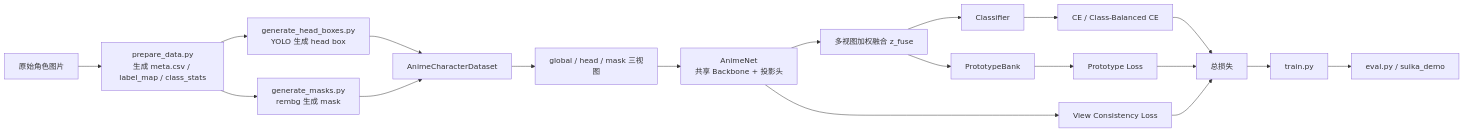
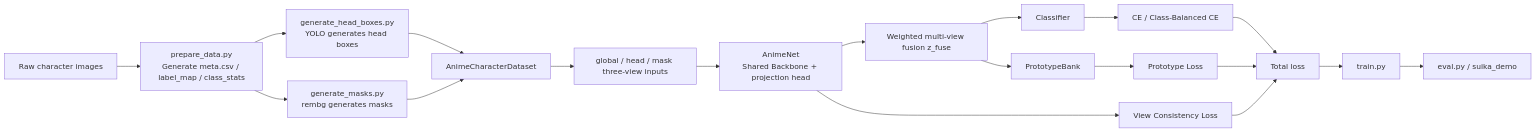
One commit to Gugugaga-111/SUIKA-Net changed the diagram in README.md. Above: the diagram before and after it, drawn with Mermaid. The commit also changed other lines of this file, not shown here.

````diff
--- a/README.md
+++ b/README.md
@@ -45,21 +45,21 @@
 ```mermaid
 flowchart LR
-    A["原始角色图片"] --> B["prepare_data.py<br/>生成 meta.csv / label_map / class_stats"]
-    B --> C["generate_head_boxes.py<br/>YOLO 生成 head box"]
-    B --> D["generate_masks.py<br/>rembg 生成 mask"]
+    A["Raw character images"] --> B["prepare_data.py<br/>Generate meta.csv / label_map / class_stats"]
+    B --> C["generate_head_boxes.py<br/>YOLO generates head boxes"]
+    B --> D["generate_masks.py<br/>rembg generates masks"]
     C --> E["AnimeCharacterDataset"]
     D --> E
-    E --> F["global / head / mask 三视图"]
-    F --> G["AnimeNet<br/>共享 Backbone + 投影头"]
-    G --> H["多视图加权融合 z_fuse"]
+    E --> F["global / head / mask three-view inputs"]
+    F --> G["AnimeNet<br/>Shared Backbone + projection head"]
+    G --> H["Weighted multi-view fusion z_fuse"]
     H --> I["Classifier"]
     H --> J["PrototypeBank"]
     I --> K["CE / Class-Balanced CE"]
     J --> L["Prototype Loss"]
     G --> M["View Consistency Loss"]
-    K --> N["总损失"]
+    K --> N["Total loss"]
     L --> N
     M --> N
     N --> O["train.py"]
     O --> P["eval.py / suika_demo"]
 ```
````
